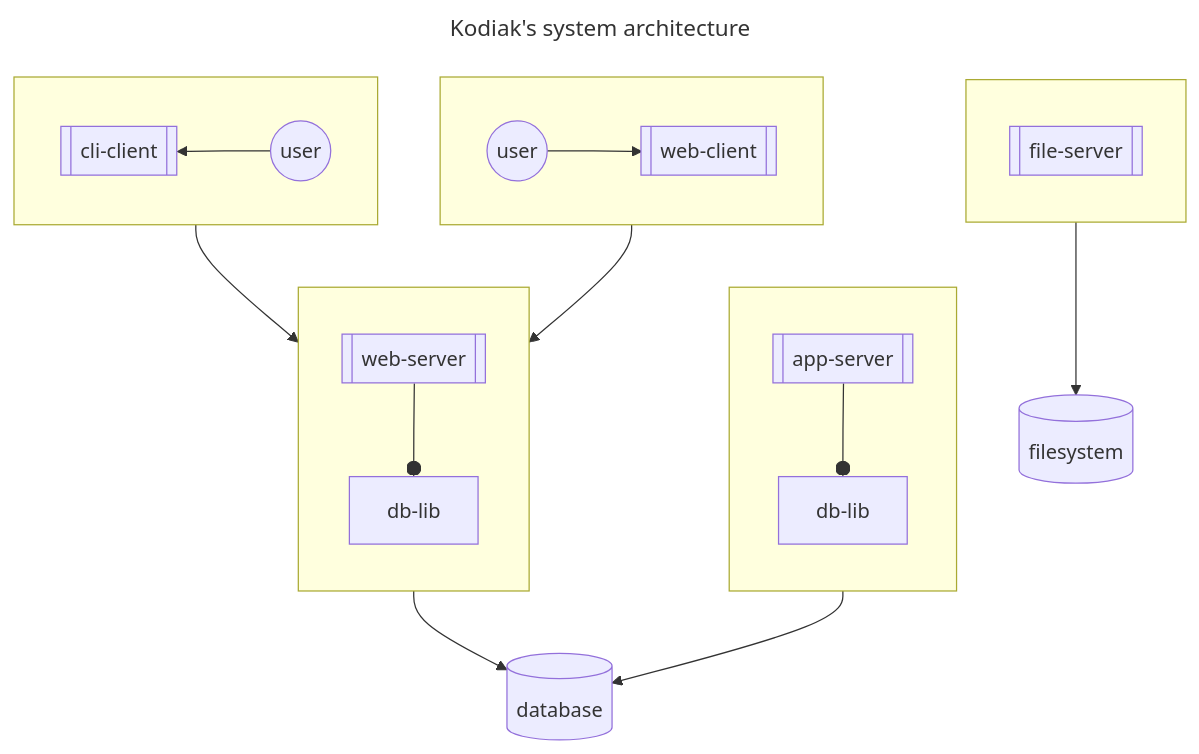
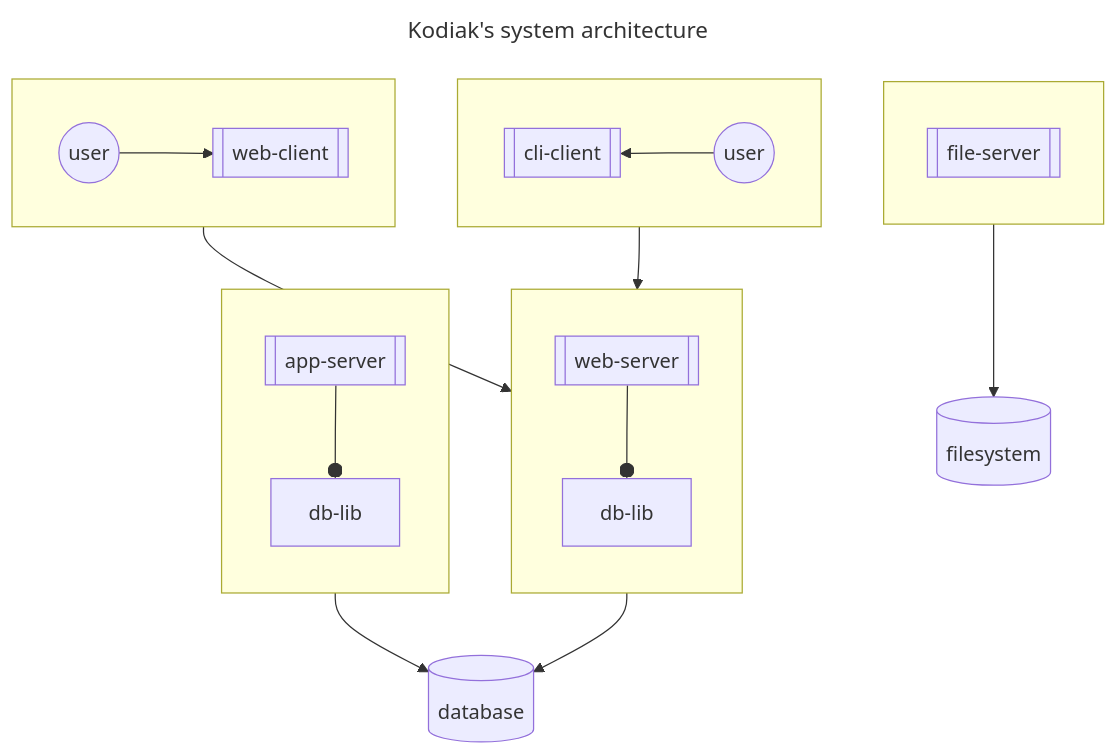
One commit to polarlabs/kodiak-diagrams changed the first of 2 diagrams in SYSTEM-ARCHITECTURE.md. Above: the diagram before and after it, drawn with Mermaid.

Commit message:
fix: rearrange boxes.

````diff
--- a/SYSTEM-ARCHITECTURE.md
+++ b/SYSTEM-ARCHITECTURE.md
@@ -5,32 +5,33 @@
 ```mermaid
 ---
 title: Kodiak's system architecture
 ---
 flowchart TB
   direction TB
   subgraph user-web[ ]
     direction LR
     web-user((user)) --> web-client[[web-client]]
   end
   subgraph user-cli[ ]
     direction RL
     cli-user((user)) --> cli-client[[cli-client]]
   end
   subgraph file-server[ ]
     direction TB
     file-server.pro[[file-server]]
   end
   subgraph web-server[ ]
     direction TB
     web-server.pro[[web-server]] --o web-server.db-lib[db-lib]
   end
   subgraph app-server[ ]
     direction TB
     app-server.pro[[app-server]] --o app-server.db-lib[db-lib]
   end
+  file-server ~~~ web-server
   web-client --> web-server
   cli-client --> web-server
   file-server --> filesystem[(filesystem)]
   web-server --> database[(database)]
   app-server --> database[(database)]
 ```
````
